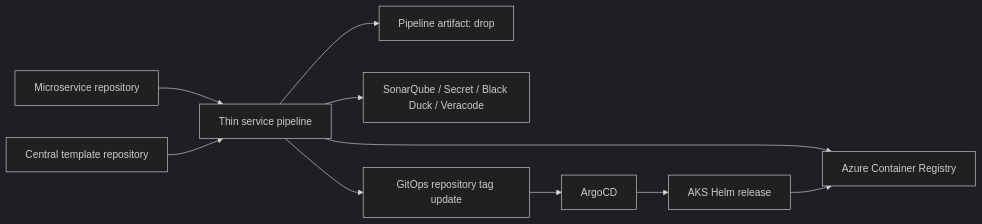
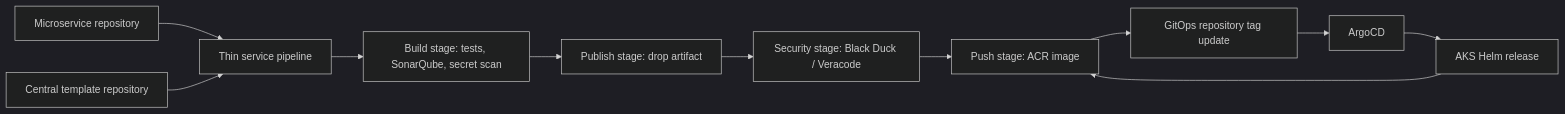
The diagram in docs/azure-devops-project-setup.md (dagartijender/Git_hub), drawn with Mermaid (dark theme) before and after one commit. The commit also changed other lines of this file and 11 other files, not shown here.

Commit message:
Add explicit publish and push pipeline stages

````diff
--- a/docs/azure-devops-project-setup.md
+++ b/docs/azure-devops-project-setup.md
@@ -99,12 +104,13 @@
 ```mermaid
 flowchart LR
     ServiceRepo["Microservice repository"] --> Pipeline["Thin service pipeline"]
     Templates["Central template repository"] --> Pipeline
-    Pipeline --> Artifact["Pipeline artifact: drop"]
-    Pipeline --> Scans["SonarQube / Secret / Black Duck / Veracode"]
-    Pipeline --> ACR["Azure Container Registry"]
-    Pipeline --> GitOps["GitOps repository tag update"]
+    Pipeline --> Build["Build stage: tests, SonarQube, secret scan"]
+    Build --> Publish["Publish stage: drop artifact"]
+    Publish --> Scans["Security stage: Black Duck / Veracode"]
+    Scans --> ACR["Push stage: ACR image"]
+    ACR --> GitOps["GitOps repository tag update"]
     GitOps --> ArgoCD["ArgoCD"]
     ArgoCD --> AKS["AKS Helm release"]
     AKS --> ACR
 ```
````
